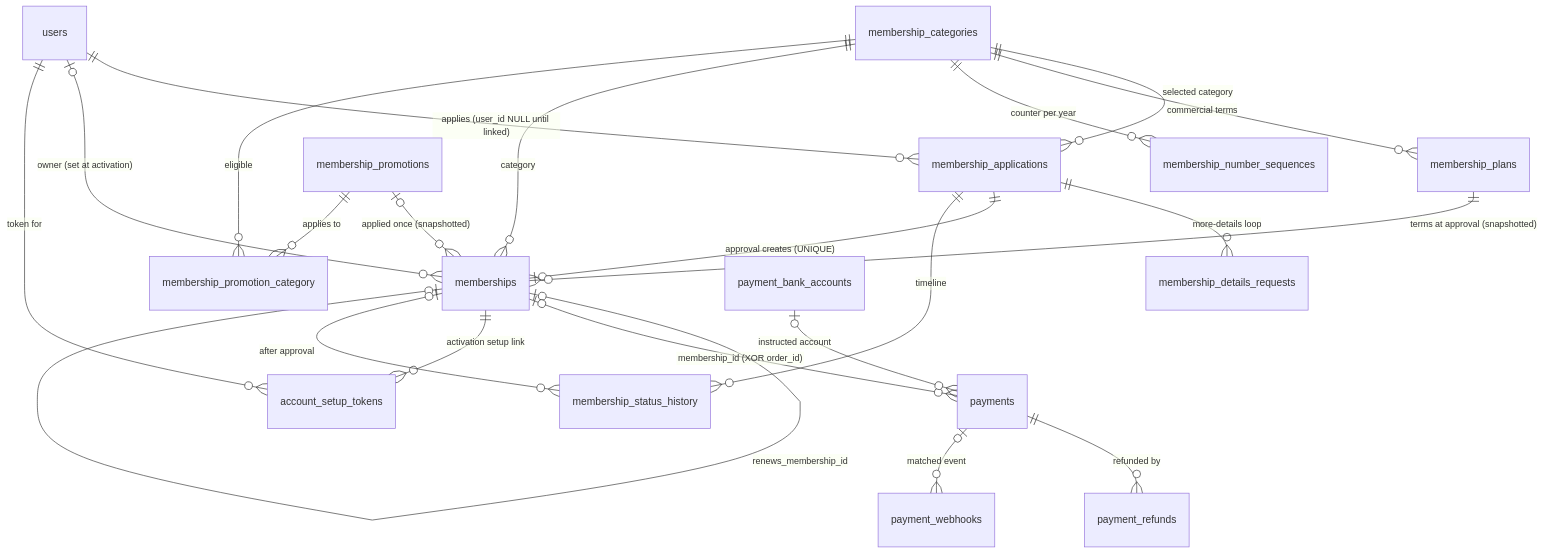
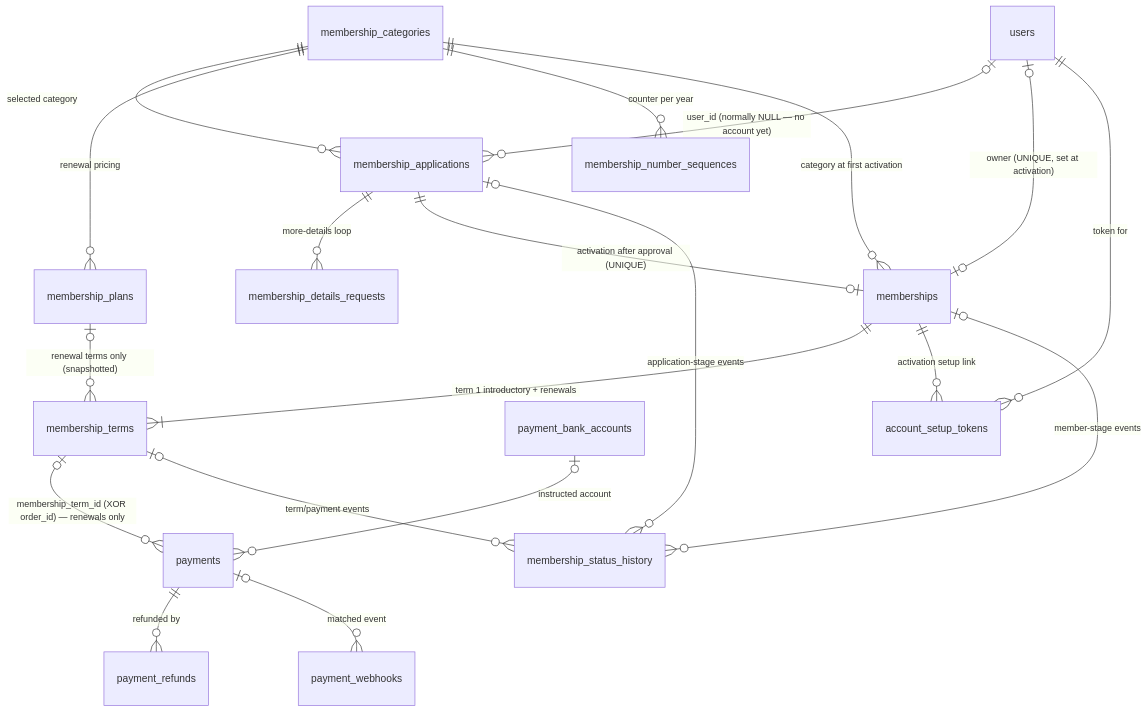
One commit to chintha9900-crypto/ACSL-laravel changed the first of 7 diagrams in docs/database/13_RELATIONSHIP_MAP.md. Above: the diagram before and after it, drawn with Mermaid. The commit also changed other lines of this file and 34 other files, not shown here.

````diff
--- a/docs/database/13_RELATIONSHIP_MAP.md
+++ b/docs/database/13_RELATIONSHIP_MAP.md
@@ -7,24 +7,22 @@
 ```mermaid
 erDiagram
-    users ||--o{ membership_applications : "applies (user_id NULL until linked)"
+    users |o--o{ membership_applications : "user_id (normally NULL — no account yet)"
     membership_categories ||--o{ membership_applications : "selected category"
-    membership_categories ||--o{ membership_plans : "commercial terms"
+    membership_categories ||--o{ membership_plans : "renewal pricing"
     membership_categories ||--o{ membership_number_sequences : "counter per year"
     membership_applications ||--o{ membership_details_requests : "more-details loop"
-    membership_applications ||--o| memberships : "approval creates (UNIQUE)"
-    membership_plans ||--o{ memberships : "terms at approval (snapshotted)"
-    membership_categories ||--o{ memberships : "category"
-    users |o--o{ memberships : "owner (set at activation)"
-    memberships |o--o| memberships : "renews_membership_id"
-    membership_promotions |o--o{ memberships : "applied once (snapshotted)"
-    membership_promotions ||--o{ membership_promotion_category : "applies to"
-    membership_categories ||--o{ membership_promotion_category : "eligible"
-    memberships |o--o{ payments : "membership_id (XOR order_id)"
+    membership_applications ||--o| memberships : "activation after approval (UNIQUE)"
+    membership_categories ||--o{ memberships : "category at first activation"
+    users |o--o| memberships : "owner (UNIQUE, set at activation)"
+    memberships ||--|{ membership_terms : "term 1 introductory + renewals"
+    membership_plans |o--o{ membership_terms : "renewal terms only (snapshotted)"
+    membership_terms |o--o{ payments : "membership_term_id (XOR order_id) — renewals only"
     payment_bank_accounts |o--o{ payments : "instructed account"
     payments ||--o{ payment_refunds : "refunded by"
     payments |o--o{ payment_webhooks : "matched event"
     memberships ||--o{ account_setup_tokens : "activation setup link"
     users ||--o{ account_setup_tokens : "token for"
-    membership_applications ||--o{ membership_status_history : "timeline"
-    memberships |o--o{ membership_status_history : "after approval"
+    membership_applications |o--o{ membership_status_history : "application-stage events"
+    memberships |o--o{ membership_status_history : "member-stage events"
+    membership_terms |o--o{ membership_status_history : "term/payment events"
 ```
````
